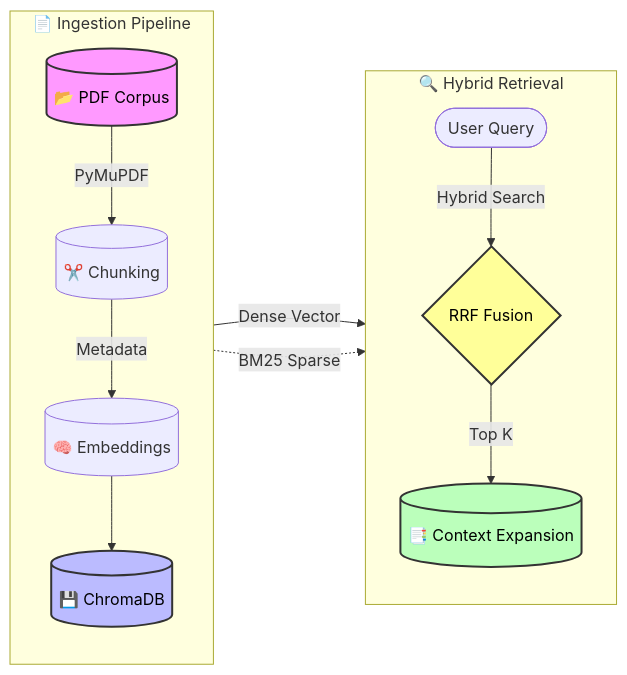
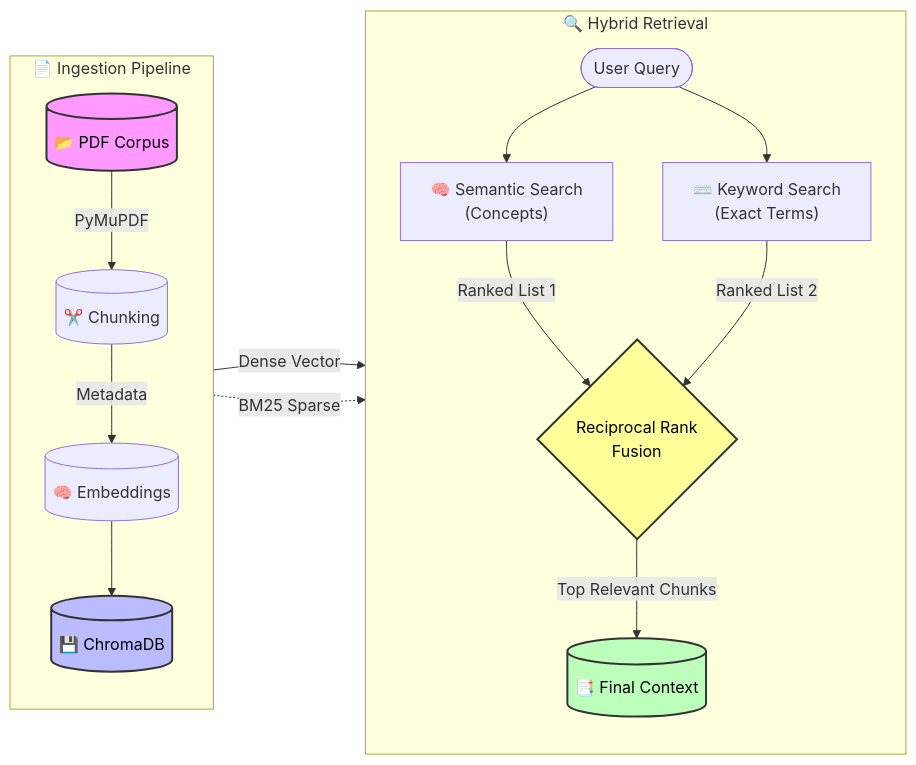
One commit to ssantioviedo/Probability-Academic-RAG-Chatbot changed the first of 2 diagrams in README.md. Above: the diagram before and after it, drawn with Mermaid. The commit also changed other lines of this file, not shown here.

Commit message:
Mejoro graficos del readme

````diff
--- a/README.md
+++ b/README.md
@@ -37,22 +37,28 @@
 ```mermaid
 flowchart LR
     subgraph Ingestion ["📄 Ingestion Pipeline"]
         direction TB
         PDFs[("📂 PDF Corpus")] -->|PyMuPDF| Chunks[("✂️ Chunking")]
         Chunks -->|Metadata| Embed[("🧠 Embeddings")]
         Embed --> VectorDB[("💾 ChromaDB")]
     end
 
     subgraph Retrieval ["🔍 Hybrid Retrieval"]
         direction TB
-        Query([User Query]) -->|Hybrid Search| Fusion{RRF Fusion}
-        VectorDB -->|Dense Vector| Fusion
-        VectorDB -.->|BM25 Sparse| Fusion
-        Fusion -->|Top K| Context[("📑 Context Expansion")]
+        Query([User Query]) --> Semantic["🧠 Semantic Search\n(Concepts)"]
+        Query --> Keyword["⌨️ Keyword Search\n(Exact Terms)"]
+        
+        VectorDB -->|Dense Vector| Semantic
+        VectorDB -.->|BM25 Sparse| Keyword
+        
+        Semantic -->|Ranked List 1| RRF{Reciprocal Rank\nFusion}
+        Keyword -->|Ranked List 2| RRF
+        
+        RRF -->|Top Relevant Chunks| Context[("📑 Final Context")]
     end
 
     style PDFs fill:#f9f,stroke:#333,stroke-width:2px,color:black
     style VectorDB fill:#bbf,stroke:#333,stroke-width:2px,color:black
-    style Fusion fill:#ff9,stroke:#333,stroke-width:2px,color:black
+    style RRF fill:#ff9,stroke:#333,stroke-width:2px,color:black
     style Context fill:#bfb,stroke:#333,stroke-width:2px,color:black
 ```
````
